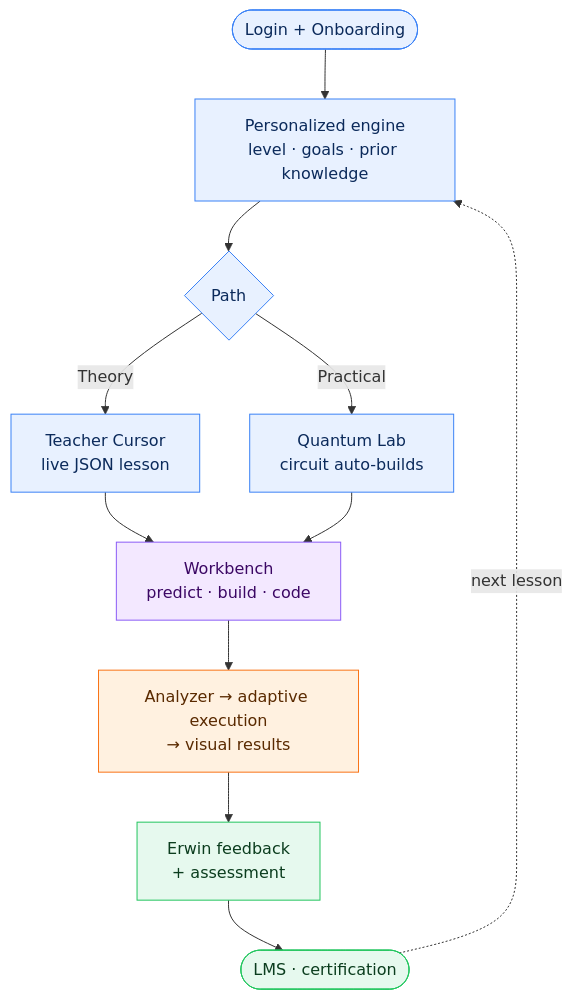
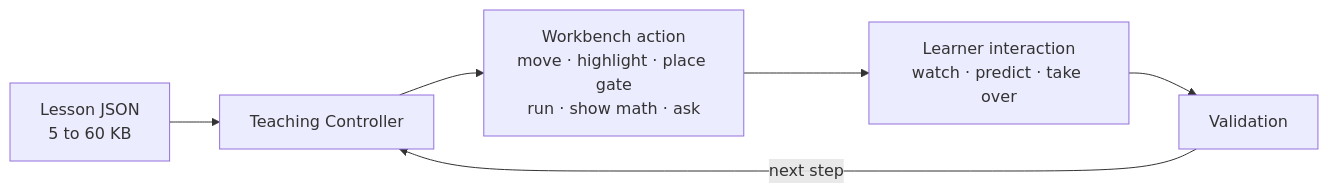
One commit to aaruhyakumar2006/Qualution- changed the fifth of 7 diagrams in README.md. Above: the diagram before and after it, drawn with Mermaid. The commit also changed other lines of this file, not shown here.

````diff
--- a/README.md
+++ b/README.md
@@ -235,21 +378,8 @@
 ```mermaid
-flowchart TB
-    A(["Login + Onboarding"]) --> C["Personalized engine<br/>level · goals · prior knowledge"]
-    C --> D{"Path"}
-    D -->|"Theory"| E["Teacher Cursor<br/>live JSON lesson"]
-    D -->|"Practical"| F["Quantum Lab<br/>circuit auto-builds"]
-    E --> G["Workbench<br/>predict · build · code"]
-    F --> G
-    G --> H["Analyzer → adaptive execution<br/>→ visual results"]
-    H --> J["Erwin feedback<br/>+ assessment"]
-    J --> L(["LMS · certification"])
-    L -. "next lesson" .-> C
-    classDef learn fill:#E8F1FF,stroke:#3B82F6,color:#0B2A5B
-    classDef work fill:#F3E8FF,stroke:#8B5CF6,color:#3B0764
-    classDef exec fill:#FFF1E0,stroke:#F97316,color:#5A2A00
-    classDef ai fill:#E6F9EE,stroke:#22C55E,color:#0B3D1E
-    class A,C,D,E,F learn
-    class G work
-    class H exec
-    class J,L ai
+flowchart LR
+    J["Lesson JSON<br/>5 to 60 KB"] --> T["Teaching Controller"]
+    T --> W["Workbench action<br/>move · highlight · place gate<br/>run · show math · ask"]
+    W --> L["Learner interaction<br/>watch · predict · take over"]
+    L --> V["Validation"]
+    V -->|"next step"| T
 ```
````
